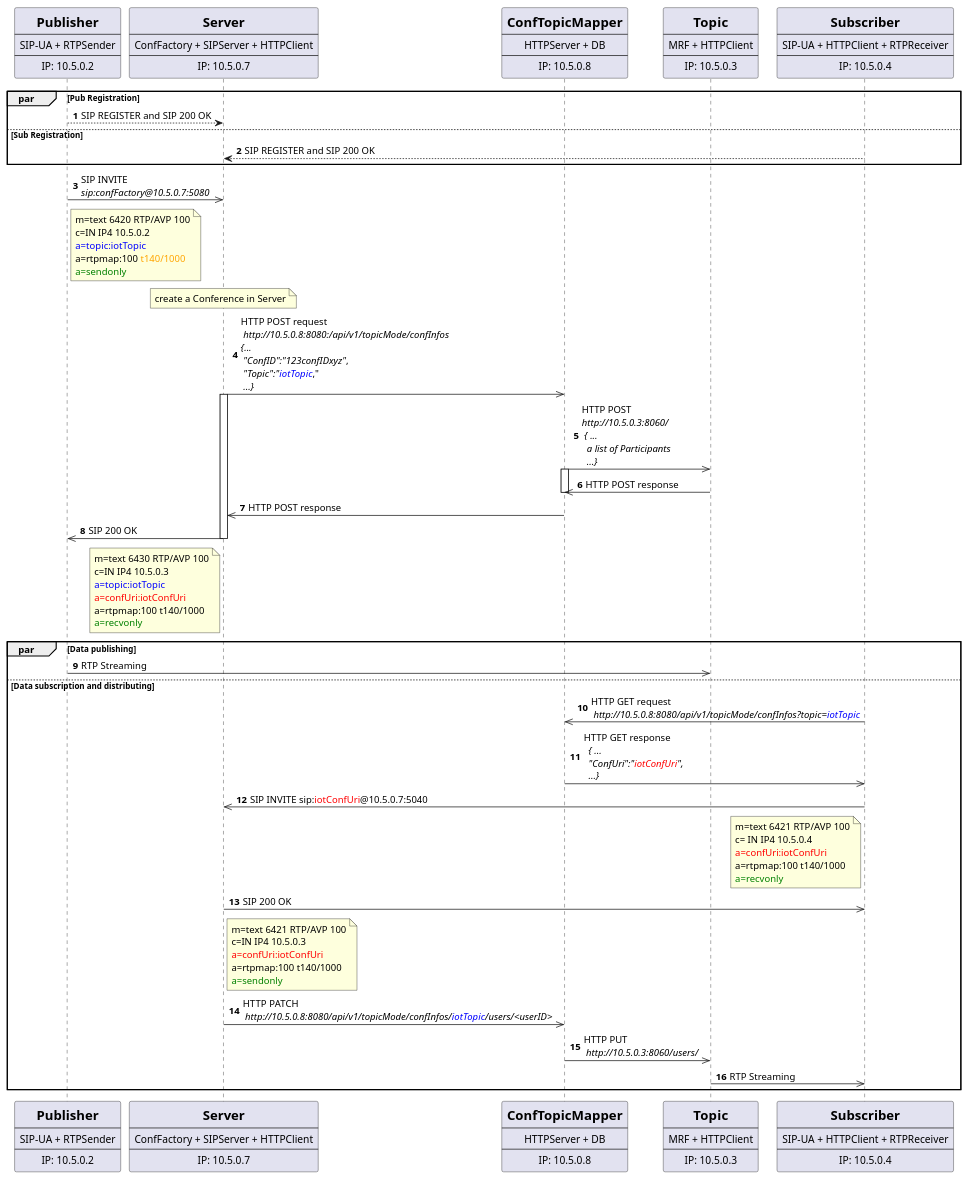
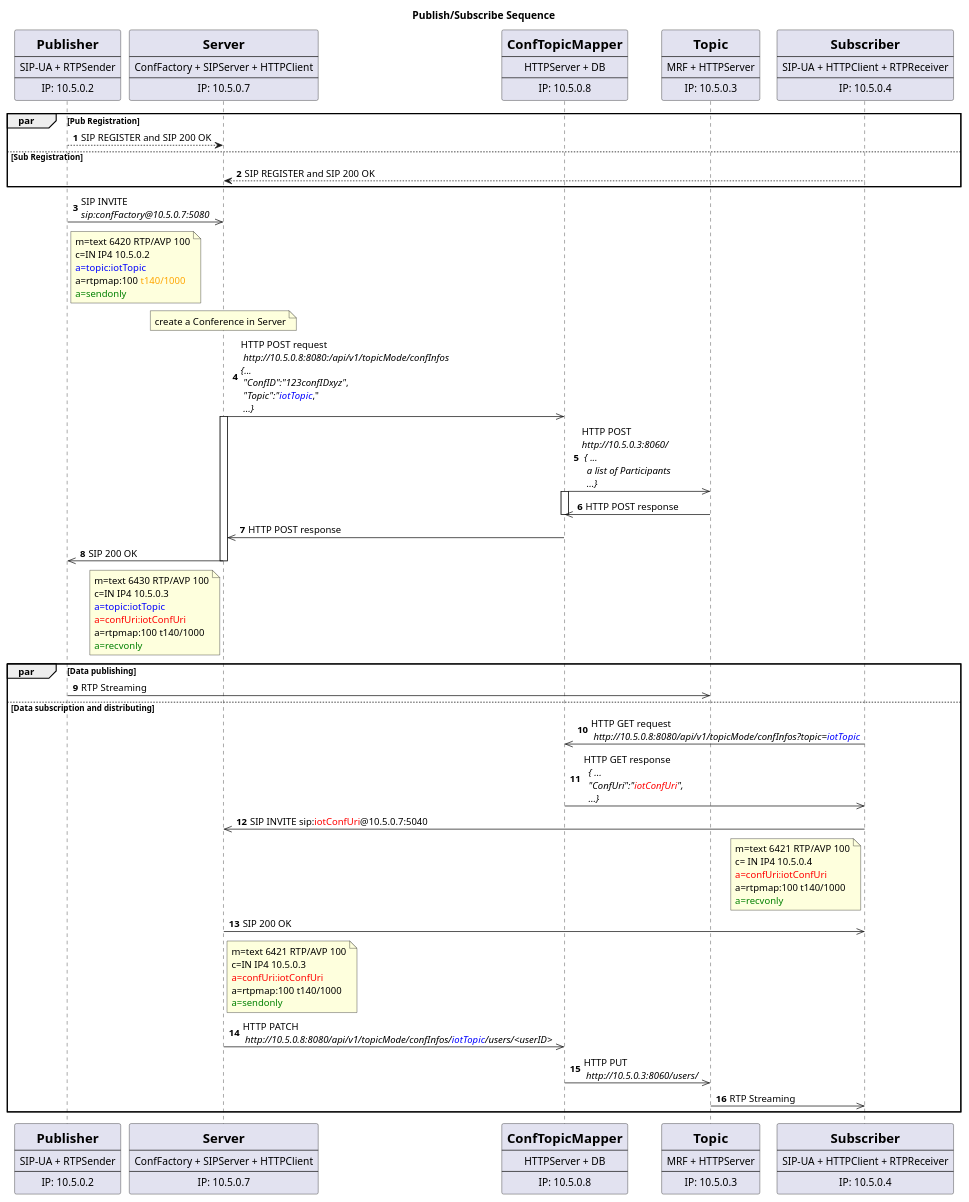
Before and after one commit to chumvan/rtppubsub: the diagram in pubsub/sequences/publish.puml, drawn with PlantUML. The commit also changed 9 other files, not shown here.

Commit message:
edit sequences

```diff
--- a/pubsub/sequences/publish.puml
+++ b/pubsub/sequences/publish.puml
@@ -1,75 +1,76 @@
 @startuml publishing
+    title Publish/Subscribe Sequence
     autonumber
     participant Pub [
         = Publisher
         ----
         SIP-UA + RTPSender
         ----
         IP: 10.5.0.2
     ]
     participant Server [
         = Server
         ----
         ConfFactory + SIPServer + HTTPClient
         ----
         IP: 10.5.0.7
     ]
     participant ConfTopicMapper [
         = ConfTopicMapper
         ----
         HTTPServer + DB
         ----
         IP: 10.5.0.8
     ]
     participant Topic [
         = Topic
         ----
-        MRF + HTTPClient
+        MRF + HTTPServer
         ----
         IP: 10.5.0.3
     ]
     participant Sub [
         = Subscriber
         ----
         SIP-UA + HTTPClient + RTPReceiver
         ----
         IP: 10.5.0.4
     ]
 
     par Pub Registration
         Pub --> Server:  SIP REGISTER and SIP 200 OK
     else Sub Registration 
         Sub --> Server: SIP REGISTER and SIP 200 OK
     end
 
     Pub ->> Server: SIP INVITE\n<i>sip:confFactory@10.5.0.7:5080</i>
     note right of Pub: m=text 6420 RTP/AVP 100\nc=IN IP4 10.5.0.2\n<color:blue>a=topic:iotTopic</color>\na=rtpmap:100 <color:orange>t140/1000</color>\n<color:green>a=sendonly</color>
 
     note over Server: create a Conference in Server
     Server ->> ConfTopicMapper: HTTP POST request\n <i>http://10.5.0.8:8080:/api/v1/topicMode/confInfos</i>\n<i>{...</i>\n <i>"ConfID":"123confIDxyz"</i>,\n <i>"Topic":"<color:blue>iotTopic</color></i>,"\n <i>...}</i>
     activate Server
     ConfTopicMapper ->> Topic: HTTP POST\n<i>http://10.5.0.3:8060/</i>\n<i> { ... </i>\n  <i>a list of Participants</i>\n  <i>...}</i>
     activate ConfTopicMapper
     Topic ->> ConfTopicMapper: HTTP POST response
     deactivate ConfTopicMapper
     ConfTopicMapper ->> Server: HTTP POST response
     Server ->> Pub: SIP 200 OK
     note left of Server: m=text 6430 RTP/AVP 100\nc=IN IP4 10.5.0.3\n<color:blue>a=topic:iotTopic</color>\n<color:red>a=confUri:iotConfUri</color>\na=rtpmap:100 t140/1000\n<color:green>a=recvonly</color>
     deactivate Server
     
 
     par Data publishing
         Pub ->> Topic: RTP Streaming
     else Data subscription and distributing 
         Sub ->> ConfTopicMapper: HTTP GET request\n <i>http://10.5.0.8:8080/api/v1/topicMode/confInfos?topic=<color:blue>iotTopic</color></i>
         ConfTopicMapper ->> Sub: HTTP GET response\n <i> { ... </i>\n  <i>"ConfUri":"<color:red>iotConfUri</color>",</i>\n  <i>...}</i>
         Sub ->> Server: SIP INVITE sip:<color:red>iotConfUri</color>@10.5.0.7:5040
         note left of Sub: m=text 6421 RTP/AVP 100\nc= IN IP4 10.5.0.4\n<color:red>a=confUri:iotConfUri</color>\na=rtpmap:100 t140/1000\n<color:green>a=recvonly</color>
         Server ->> Sub: SIP 200 OK
         note right of Server: m=text 6421 RTP/AVP 100\nc=IN IP4 10.5.0.3\n<color:red>a=confUri:iotConfUri</color>\na=rtpmap:100 t140/1000\n<color:green>a=sendonly</color>
 
         Server ->> ConfTopicMapper: HTTP PATCH\n <i>http://10.5.0.8:8080/api/v1/topicMode/confInfos/<color:blue>iotTopic</color>/users/<userID></i>
         ConfTopicMapper ->> Topic: HTTP PUT\n <i>http://10.5.0.3:8060/users/</i>
         Topic ->> Sub: RTP Streaming
     end
 @enduml
```
